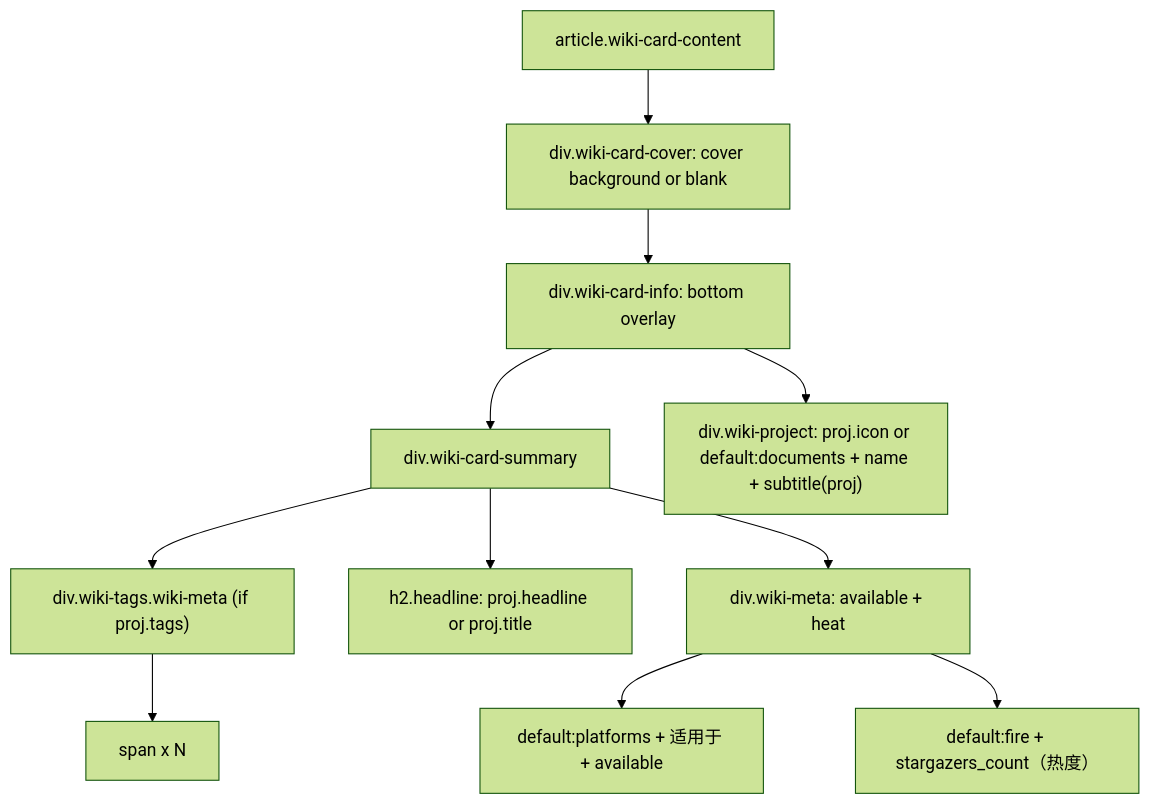
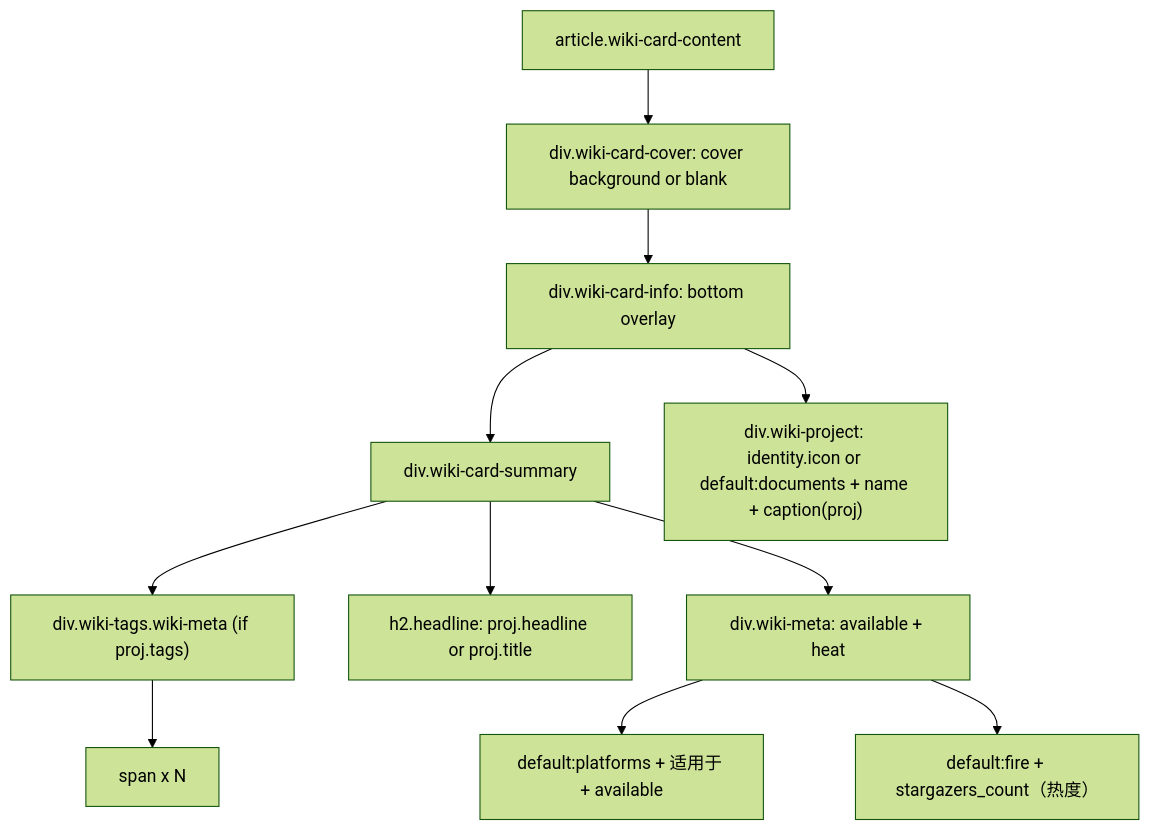
Before and after one commit to xaoxuu/hexo-theme-stellar: the ninth of 10 diagrams in docs/knowledge/03-内容系统/post-lists-cards.md, drawn with Mermaid (forest theme). The commit also changed other lines of this file and 119 other files, not shown here.

````diff
--- a/docs/knowledge/03-内容系统/post-lists-cards.md
+++ b/docs/knowledge/03-内容系统/post-lists-cards.md
@@ -426,25 +428,25 @@
 ```mermaid
 graph TD
     Article["article.wiki-card-content"]
     Cover["div.wiki-card-cover: cover background or blank"]
     Info["div.wiki-card-info: bottom overlay"]
     Summary["div.wiki-card-summary"]
     Caps["div.wiki-tags.wiki-meta (if proj.tags)"]
     TagSpan["span x N"]
     Title["h2.headline: proj.headline or proj.title"]
     Meta["div.wiki-meta: available + heat"]
     Platform["default:platforms + 适用于 + available"]
     Star["default:fire + stargazers_count（热度）"]
-    Project["div.wiki-project: proj.icon or default:documents + name + subtitle(proj)"]
+    Project["div.wiki-project: identity.icon or default:documents + name + caption(proj)"]
 
     Article --> Cover
     Cover --> Info
     Info --> Summary
     Summary --> Caps
     Caps --> TagSpan
     Summary --> Title
     Summary --> Meta
     Meta --> Platform
     Meta --> Star
     Info --> Project
 ```
````
